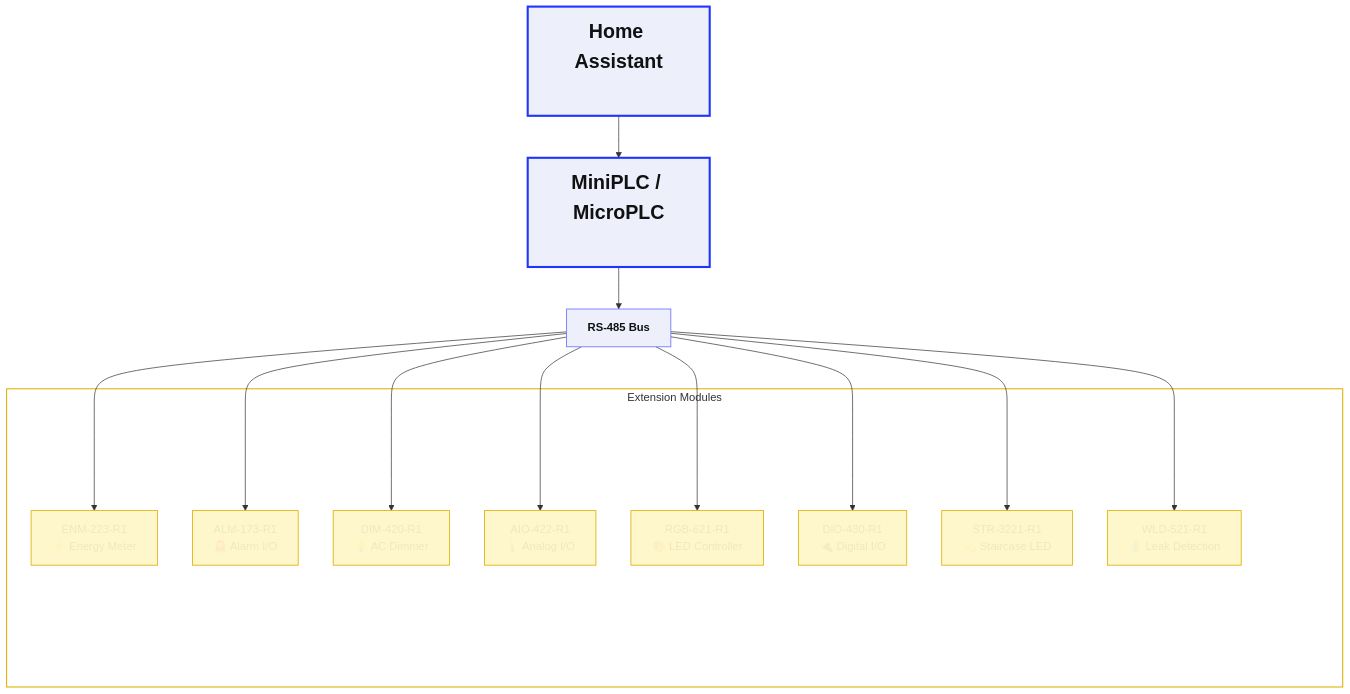
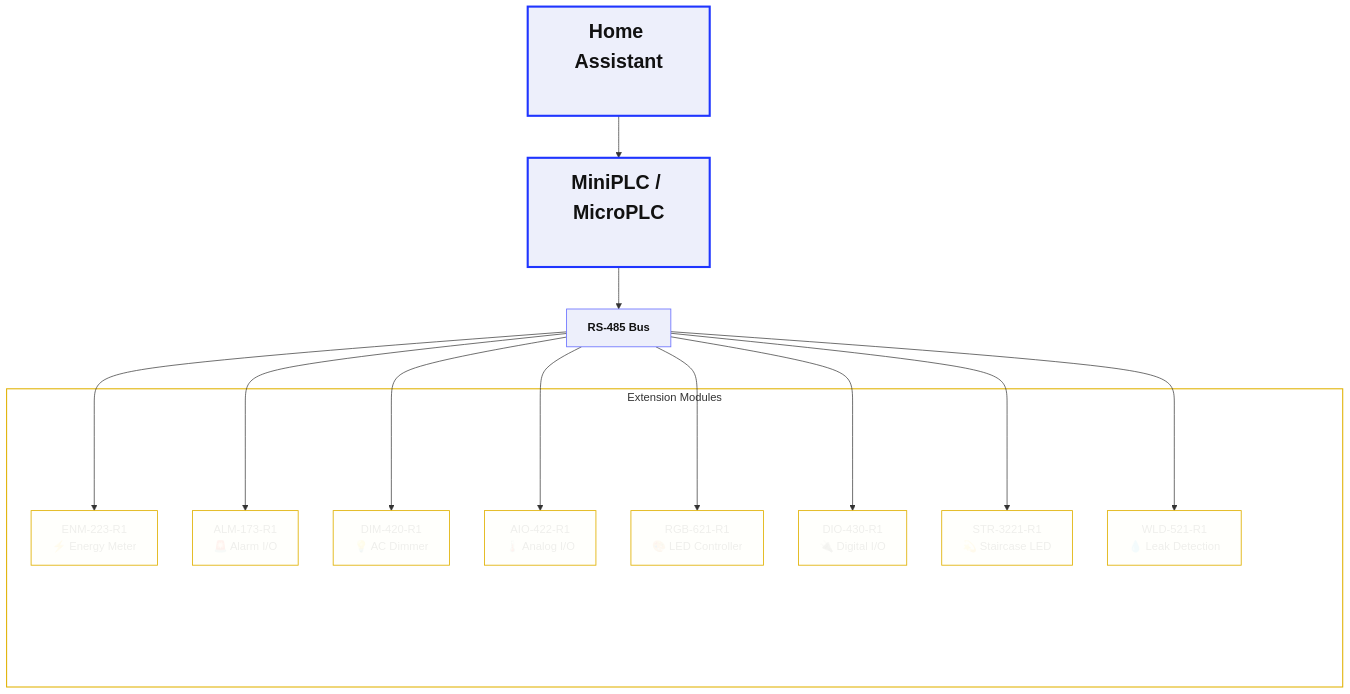
One commit to isystemsautomation/HOMEMASTER changed the diagram in README.md. Above: the diagram before and after it, drawn with Mermaid.

````diff
--- a/README.md
+++ b/README.md
@@ -27,37 +27,37 @@
 ```mermaid
 %%{init: {"flowchart":{"htmlLabels":true,"nodeSpacing":50,"rankSpacing":60}}}%%
 flowchart TD
   %% Classes
   classDef hub fill:#EDEFFB,stroke:#6B72FF,stroke-width:1.2px,color:#111,font-weight:bold;
   classDef big fill:#EDEFFB,stroke:#1F35FF,stroke-width:3px,color:#111,font-weight:bold,font-size:28px;
-  classDef mod fill:#FFF7CC,stroke:#E0B100,stroke-width:1.2px,color:#1111;
+  classDef mod fill:#FFFffC,stroke:#E0B100,stroke-width:1.2px,color:#1111;
   classDef ghost fill:transparent,stroke:transparent,color:transparent;
 
   %% Double-sized HA and PLC (bigger font + extra line breaks)
   HA["Home Assistant<br/><br/>"]:::big --> PLC["MiniPLC / MicroPLC<br/><br/>"]:::big
   PLC --> RS485[RS-485 Bus]:::hub
 
   %% Subgraph with taller nodes; extra <br/> increases node height
   subgraph Mods["Extension Modules"]
     ENM[ENM‑223‑R1<br>⚡ Energy Meter]:::mod
     ALM[ALM‑173‑R1<br>🚨 Alarm I/O]:::mod
     DIM[DIM‑420‑R1<br>💡 AC Dimmer]:::mod
     AIO[AIO‑422‑R1<br>🌡️ Analog I/O]:::mod
     RGB[RGB‑621‑R1<br>🎨 LED Controller]:::mod
     DIO[DIO‑430‑R1<br>🔌 Digital I/O]:::mod
     STR[STR‑3221‑R1<br>💫 Staircase LED]:::mod
     WLD[WLD‑521‑R1<br>💧 Leak Detection]:::mod
     SP1["<br/><br/><br/><br/><br/><br/><br/><br/><br/><br/><br/><br/><br/><br/>"]:::ghost
   end
   style Mods fill:#FFFFFF,stroke:#E0B100,stroke-width:1.5px
 
   %% Edges
   RS485 --> ENM
   RS485 --> ALM
   RS485 --> DIM
   RS485 --> AIO
   RS485 --> RGB
   RS485 --> DIO
   RS485 --> STR
   RS485 --> WLD
 ```
````
